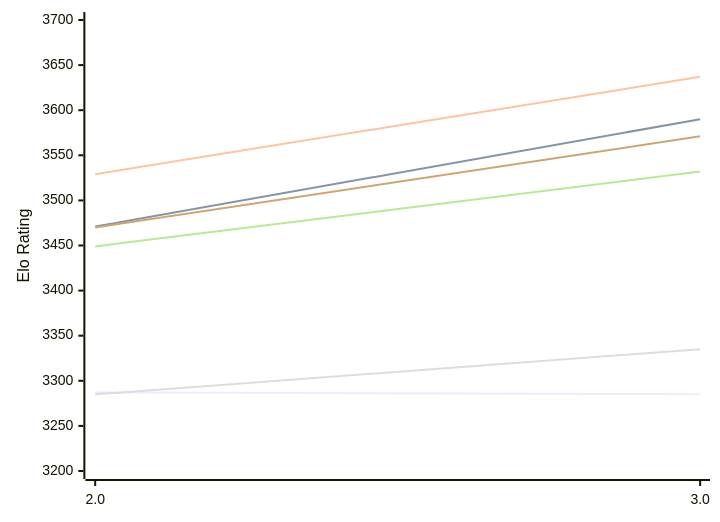
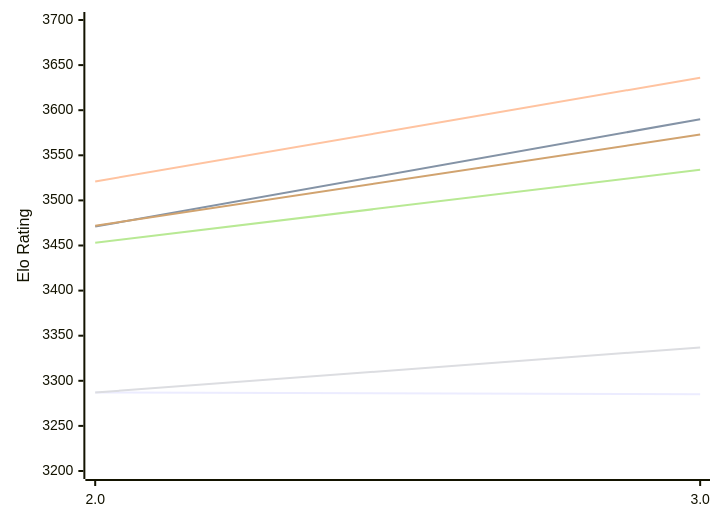
Before and after one commit to computer-chess-index/cci: the first of 2 diagrams in engines/Quanticade.md, drawn with Mermaid. The commit also changed other lines of this file, not shown here.

Commit message:
Update CCI Ratings (ELO VLTC) - 2026-11-24

````diff
--- a/engines/Quanticade.md
+++ b/engines/Quanticade.md
@@ -50,12 +50,12 @@
 ```mermaid
 %%{init: {"theme":"base","themeVariables":{"seriesColors:['#a3a3a3','#222221','#faa371']}}}%%
 xychart-beta
   x-axis ["2.0", "3.0"]
   y-axis "Elo Rating" 3200 --> 3700
   line "E1: STC (8.0+0.08s)" [3287, 3285]
   line "E1: LTC (60.0+0.60s)" [3471, 3590]
-  line "E1: VLTC (2m24s+1.12s)" [3529, 3637]
-  line "P1: STC (8.0+0.08s)" [3285, 3335]
-  line "P1: LTC (60.0+0.60s)" [3449, 3532]
-  line "P1: VLTC (2m24s+1.12s)" [3470, 3571]
+  line "E1: VLTC (2m24s+1.12s)" [3521, 3636]
+  line "P1: STC (8.0+0.08s)" [3287, 3337]
+  line "P1: LTC (60.0+0.60s)" [3453, 3534]
+  line "P1: VLTC (2m24s+1.12s)" [3472, 3573]
 ```
````
